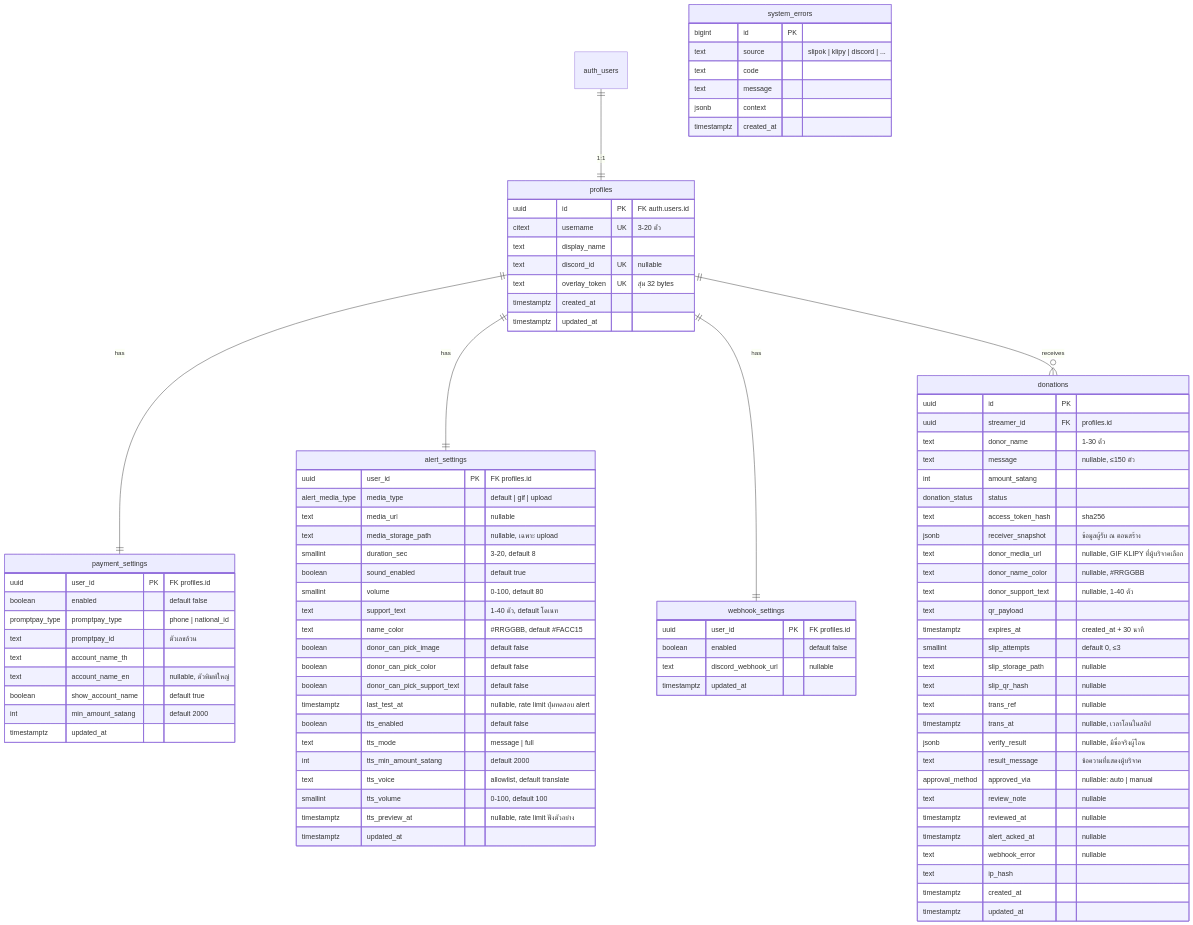
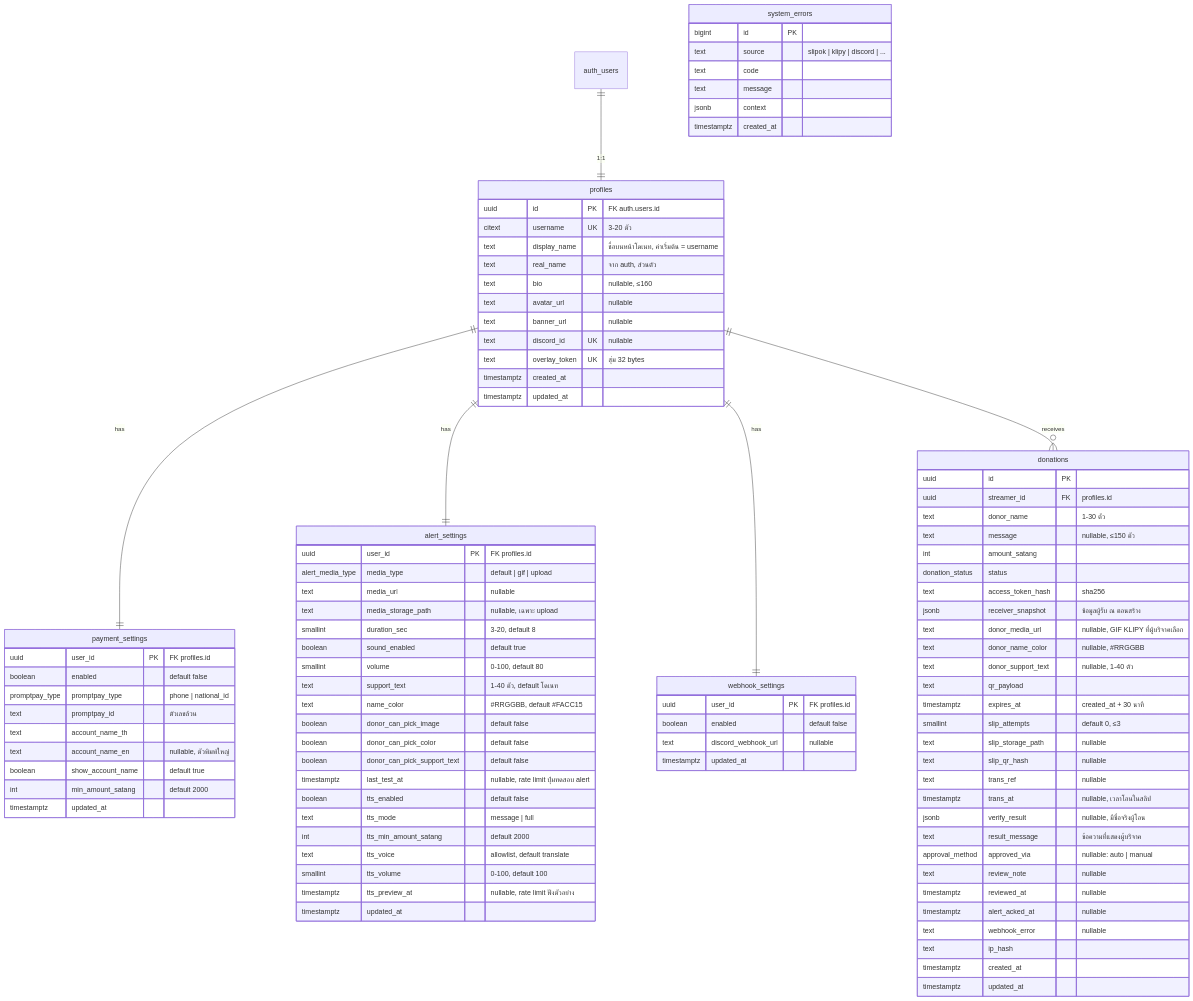
Before and after one commit to autosuwan/kortangnoi: the diagram in docs/er.md, drawn with Mermaid. The commit also changed other lines of this file and 26 other files, not shown here.

```diff
--- a/docs/er.md
+++ b/docs/er.md
@@ -13,7 +13,11 @@
   profiles {
     uuid id PK "FK auth.users.id"
     citext username UK "3-20 ตัว"
-    text display_name
+    text display_name "ชื่อบนหน้าโดเนท, ค่าเริ่มต้น = username"
+    text real_name "จาก auth, ส่วนตัว"
+    text bio "nullable, ≤160"
+    text avatar_url "nullable"
+    text banner_url "nullable"
     text discord_id UK "nullable"
     text overlay_token UK "สุ่ม 32 bytes"
     timestamptz created_at
```
